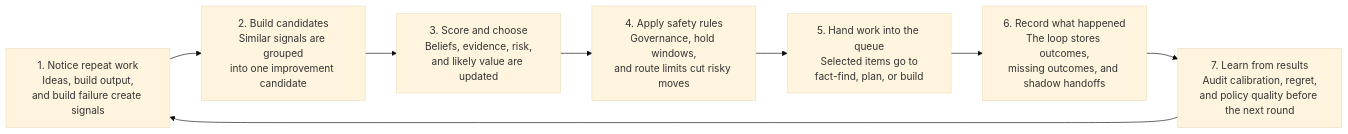
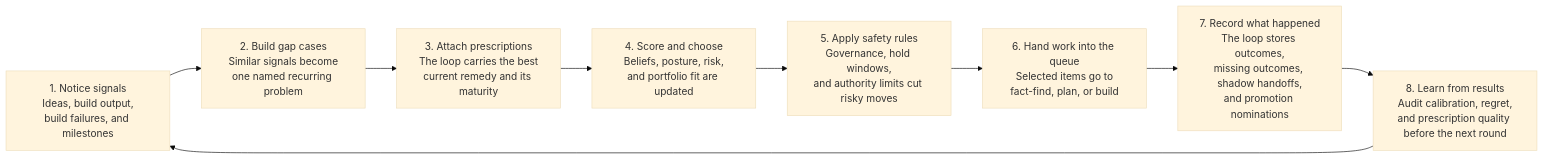
One commit to PeterCowling/base-shop changed the first of 3 diagrams in docs/business-os/startup-loop-workflow.user.md. Above: the diagram before and after it, drawn with Mermaid (base theme). The commit also changed other lines of this file and 1 other file, not shown here.

````diff
--- a/docs/business-os/startup-loop-workflow.user.md
+++ b/docs/business-os/startup-loop-workflow.user.md
@@ -33,12 +34,13 @@
 ```mermaid
 flowchart LR
-    A["1. Notice repeat work\nIdeas, build output,\nand build failure create signals"]
-    B["2. Build candidates\nSimilar signals are grouped\ninto one improvement candidate"]
-    C["3. Score and choose\nBeliefs, evidence, risk,\nand likely value are updated"]
-    D["4. Apply safety rules\nGovernance, hold windows,\nand route limits cut risky moves"]
-    E["5. Hand work into the queue\nSelected items go to\nfact-find, plan, or build"]
-    F["6. Record what happened\nThe loop stores outcomes,\nmissing outcomes, and shadow handoffs"]
-    G["7. Learn from results\nAudit calibration, regret,\nand policy quality before the next round"]
+    A["1. Notice signals\nIdeas, build output,\nbuild failures, and milestones"]
+    B["2. Build gap cases\nSimilar signals become\none named recurring problem"]
+    C["3. Attach prescriptions\nThe loop carries the best\ncurrent remedy and its maturity"]
+    D["4. Score and choose\nBeliefs, posture, risk,\nand portfolio fit are updated"]
+    E["5. Apply safety rules\nGovernance, hold windows,\nand authority limits cut risky moves"]
+    F["6. Hand work into the queue\nSelected items go to\nfact-find, plan, or build"]
+    G["7. Record what happened\nThe loop stores outcomes,\nmissing outcomes, shadow handoffs,\nand promotion nominations"]
+    H["8. Learn from results\nAudit calibration, regret,\nand prescription quality before the next round"]
 
-    A --> B --> C --> D --> E --> F --> G --> A
+    A --> B --> C --> D --> E --> F --> G --> H --> A
 ```
````
